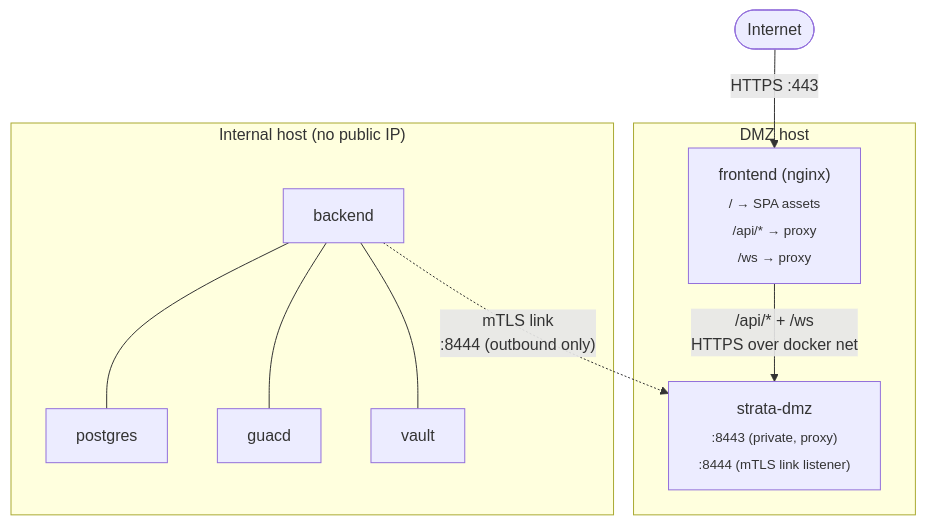
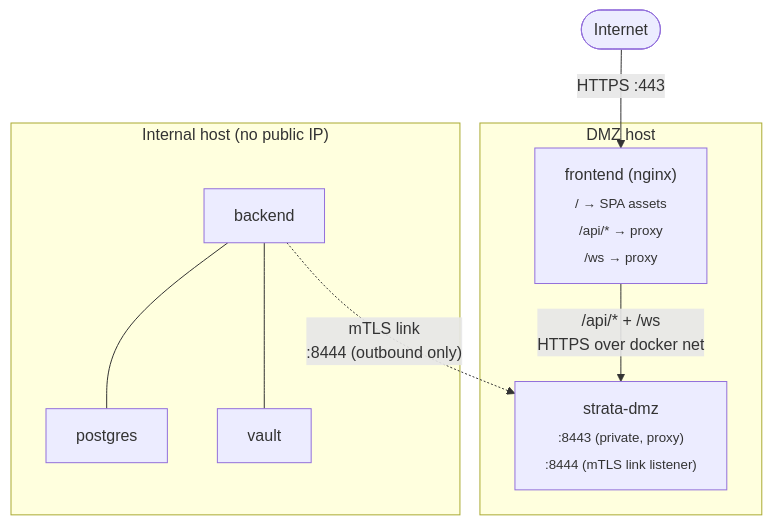
One commit to Bails309/strata-client changed the second of 3 diagrams in docs/deployment.md. Above: the diagram before and after it, drawn with Mermaid. The commit also changed other lines of this file and 167 other files, not shown here.

````diff
--- a/docs/deployment.md
+++ b/docs/deployment.md
@@ -1743,17 +1757,16 @@
 ```mermaid
 flowchart TB
     Internet([Internet])
     Internet -->|"HTTPS :443"| Frontend
     subgraph DMZHost["DMZ host"]
         Frontend["frontend (nginx)<br/><sub>/      → SPA assets<br/>/api/* → proxy<br/>/ws    → proxy</sub>"]
         DMZ["strata-dmz<br/><sub>:8443 (private, proxy)<br/>:8444 (mTLS link listener)</sub>"]
         Frontend -->|"/api/* + /ws<br/>HTTPS over docker net"| DMZ
     end
     subgraph InternalHost["Internal host (no public IP)"]
         Backend["backend"]
         Backend --- Postgres["postgres"]
-        Backend --- Guacd["guacd"]
         Backend --- Vault["vault"]
     end
     Backend -.->|"mTLS link<br/>:8444 (outbound only)"| DMZ
 ```
````
